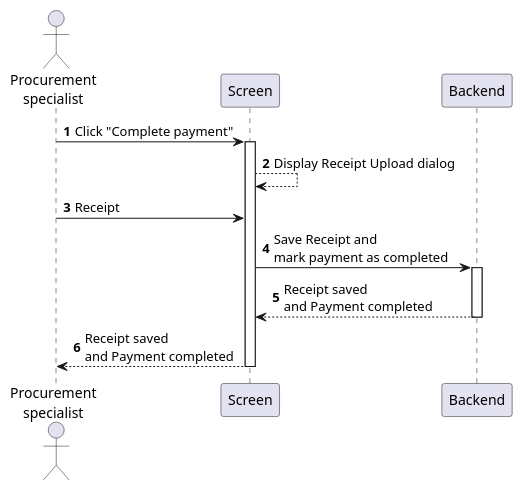
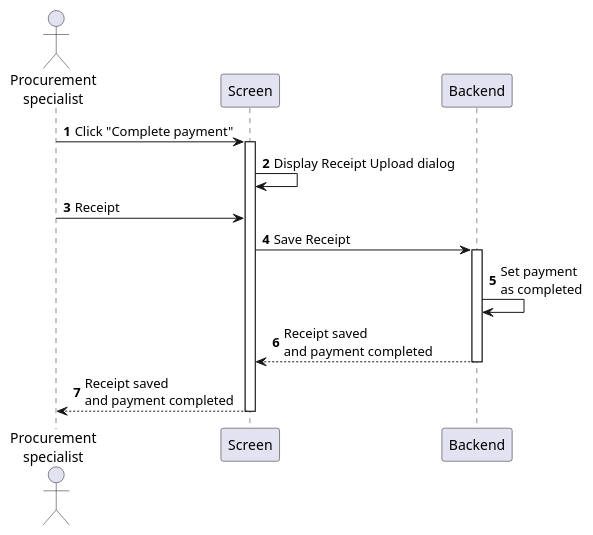
One commit to phihungha/scmss-reqs changed the diagram in sequences/purchase-order-complete-payment.plantuml. Above: the diagram before and after it, drawn with PlantUML. The commit also changed 8 other files, not shown here.

```diff
--- a/sequences/purchase-order-complete-payment.plantuml
+++ b/sequences/purchase-order-complete-payment.plantuml
@@ -1,16 +1,17 @@
 @startuml purchase-order-complete-payment
 autonumber
 
 actor "Procurement\nspecialist" as a
 participant Screen as f
 participant Backend as b
 
 a -> f : Click "Complete payment"
 activate f
-f --> f : Display Receipt Upload dialog
+f -> f : Display Receipt Upload dialog
 a -> f : Receipt
-f -> b : Save Receipt and\nmark payment as completed
+f -> b : Save Receipt
 activate b
-return Receipt saved\nand Payment completed
-return Receipt saved\nand Payment completed
+b -> b : Set payment\nas completed
+return Receipt saved\nand payment completed
+return Receipt saved\nand payment completed
 @enduml
```
